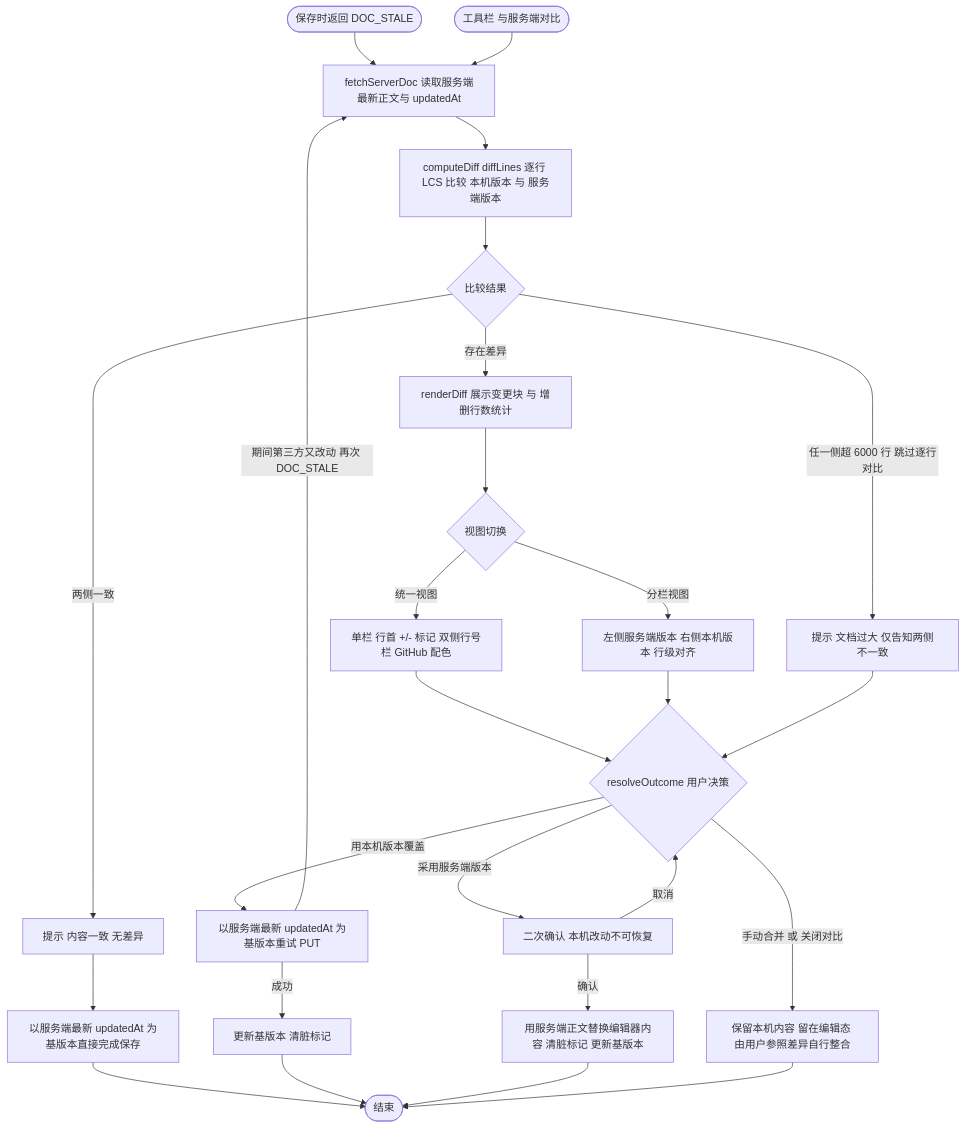
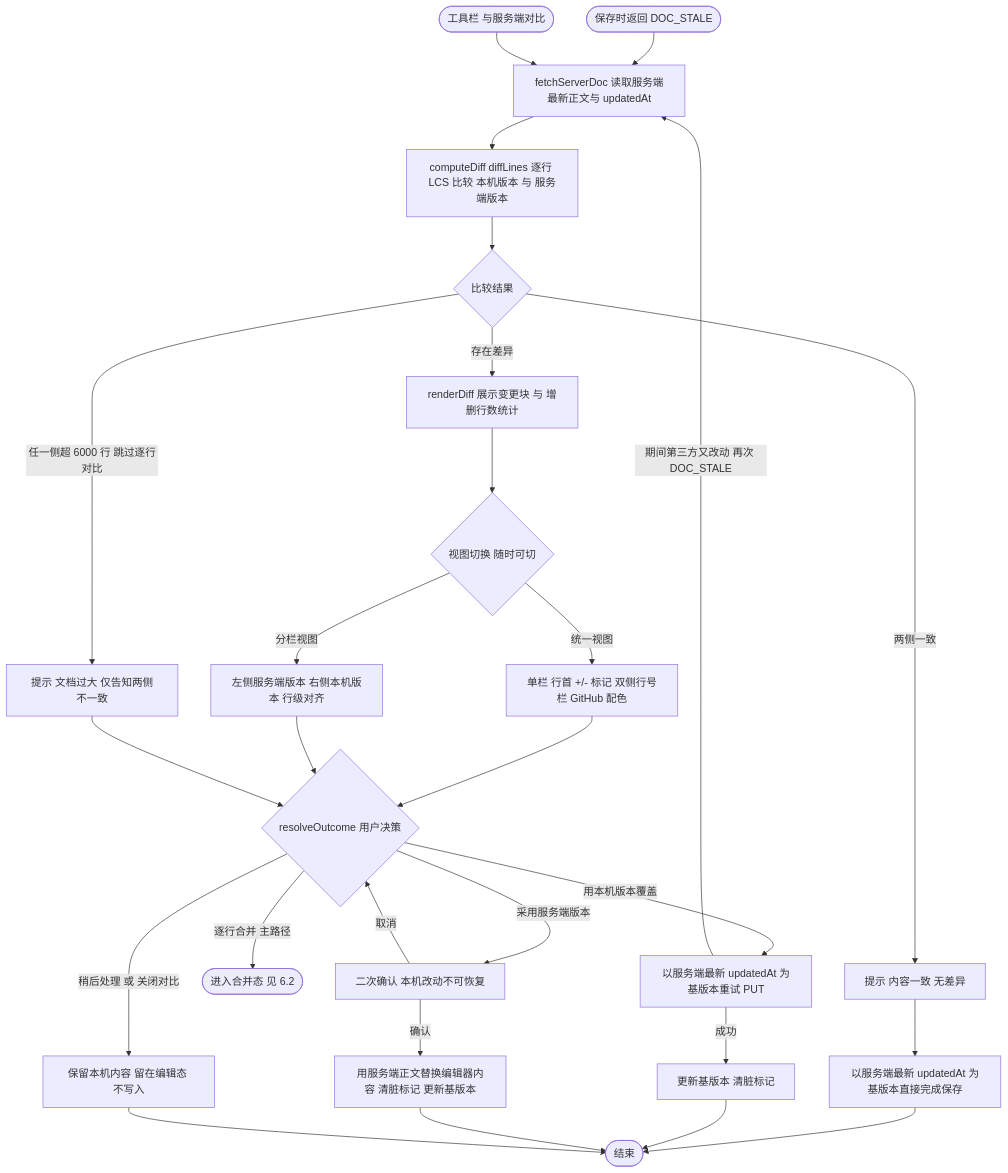
The sixth of 9 diagrams in docs/用户流程图.md (a327921510/my-notes), drawn with Mermaid before and after one commit. The commit also changed other lines of this file and 4 other files, not shown here.

````diff
--- a/docs/用户流程图.md
+++ b/docs/用户流程图.md
@@ -186,33 +188,35 @@
 ```mermaid
 flowchart TD
   A([保存时返回 DOC_STALE]) --> C
   B([工具栏 与服务端对比]) --> C[fetchServerDoc 读取服务端最新正文与 updatedAt]
   C --> D[computeDiff diffLines 逐行 LCS 比较 本机版本 与 服务端版本]
   D --> E{比较结果}
 
   E -->|两侧一致| F[提示 内容一致 无差异]
   F --> G[以服务端最新 updatedAt 为基版本直接完成保存]
   G --> Z([结束])
 
   E -->|任一侧超 6000 行 跳过逐行对比| H[提示 文档过大 仅告知两侧不一致]
   E -->|存在差异| I[renderDiff 展示变更块 与 增删行数统计]
-  I --> J{视图切换}
+  I --> J{视图切换 随时可切}
   J -->|统一视图| K[单栏 行首 +/- 标记 双侧行号栏 GitHub 配色]
   J -->|分栏视图| L[左侧服务端版本 右侧本机版本 行级对齐]
   K --> M
   L --> M
   H --> M{resolveOutcome 用户决策}
 
-  M -->|用本机版本覆盖| N[以服务端最新 updatedAt 为基版本重试 PUT]
-  N -->|成功| O[更新基版本 清脏标记]
-  N -->|期间第三方又改动 再次 DOC_STALE| C
-  O --> Z
+  M -->|逐行合并 主路径| N([进入合并态 见 6.2])
 
-  M -->|采用服务端版本| P[二次确认 本机改动不可恢复]
-  P -->|取消| M
-  P -->|确认| Q[用服务端正文替换编辑器内容 清脏标记 更新基版本]
-  Q --> Z
+  M -->|用本机版本覆盖| O[以服务端最新 updatedAt 为基版本重试 PUT]
+  O -->|成功| P[更新基版本 清脏标记]
+  O -->|期间第三方又改动 再次 DOC_STALE| C
+  P --> Z
 
-  M -->|手动合并 或 关闭对比| R[保留本机内容 留在编辑态 由用户参照差异自行整合]
+  M -->|采用服务端版本| Q[二次确认 本机改动不可恢复]
+  Q -->|取消| M
+  Q -->|确认| R[用服务端正文替换编辑器内容 清脏标记 更新基版本]
   R --> Z
+
+  M -->|稍后处理 或 关闭对比| S[保留本机内容 留在编辑态 不写入]
+  S --> Z
 ```
````
